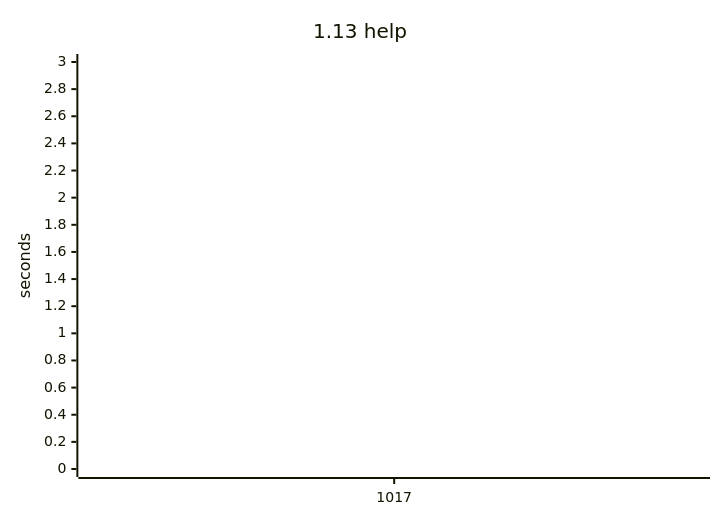
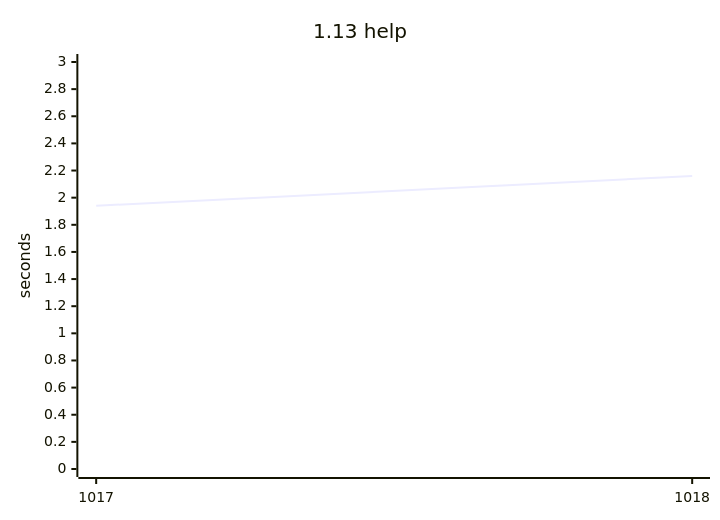
Before and after one commit to yamanori99/DistSSHRun.jl: the first of 2 diagrams in README.md, drawn with Mermaid. The commit also changed other lines of this file and 1 other file, not shown here.

````diff
--- a/README.md
+++ b/README.md
@@ -19,7 +21,7 @@
 ```mermaid
 xychart-beta
     title "1.13 help"
-    x-axis ["1017"]
+    x-axis ["1017", "1018"]
     y-axis "seconds" 0 --> 3
-    line [1.94]
+    line [1.94, 2.16]
 ```
````
